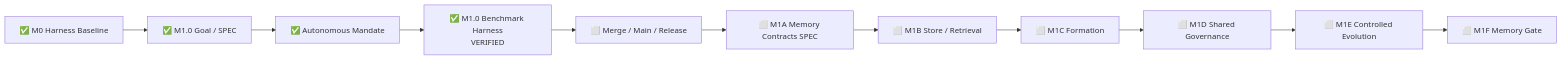
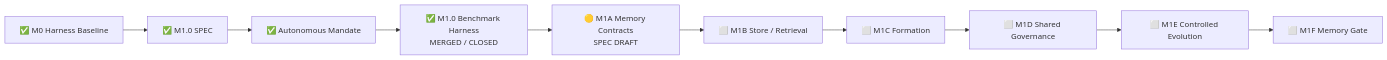
One commit to lsq1030757028/Pytest-playwright-e2e changed the diagram in docs/implementation-status.md. Above: the diagram before and after it, drawn with Mermaid. The commit also changed other lines of this file and 3 other files, not shown here.

````diff
--- a/docs/implementation-status.md
+++ b/docs/implementation-status.md
@@ -35,14 +36,13 @@
 ```mermaid
 flowchart LR
     A[✅ M0 Harness Baseline]
-    --> B[✅ M1.0 Goal / SPEC]
+    --> B[✅ M1.0 SPEC]
     --> C[✅ Autonomous Mandate]
-    --> D[✅ M1.0 Benchmark Harness<br/>VERIFIED]
-    --> E[⬜ Merge / Main / Release]
-    --> F[⬜ M1A Memory Contracts SPEC]
-    --> G[⬜ M1B Store / Retrieval]
-    --> H[⬜ M1C Formation]
-    --> I[⬜ M1D Shared Governance]
-    --> J[⬜ M1E Controlled Evolution]
-    --> K[⬜ M1F Memory Gate]
+    --> D[✅ M1.0 Benchmark Harness<br/>MERGED / CLOSED]
+    --> E[🟡 M1A Memory Contracts<br/>SPEC DRAFT]
+    --> F[⬜ M1B Store / Retrieval]
+    --> G[⬜ M1C Formation]
+    --> H[⬜ M1D Shared Governance]
+    --> I[⬜ M1E Controlled Evolution]
+    --> J[⬜ M1F Memory Gate]
 ```
````
